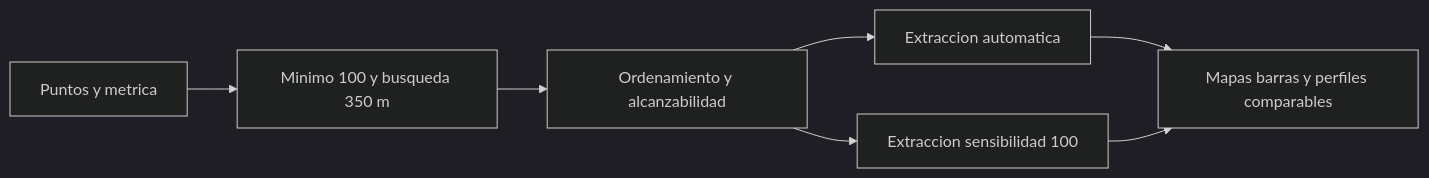
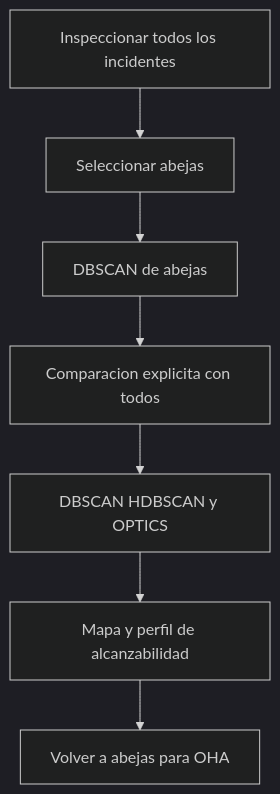
The first of 2 diagrams in 01 - Clases/2026-09-15 - Clase 02 - OPTICS y autocorrelación espacial incremental.md (ecetina-esri-co/diplomado-geoia-ml-espacial-automl), drawn with Mermaid (dark theme) before and after one commit. The commit also changed other lines of this file and 39 other files, not shown here.

````diff
--- a/01 - Clases/2026-09-15 - Clase 02 - OPTICS y autocorrelación espacial incremental.md
+++ b/01 - Clases/2026-09-15 - Clase 02 - OPTICS y autocorrelación espacial incremental.md
@@ -93,9 +89,9 @@
 ```mermaid
-flowchart LR
-    A[Puntos y metrica] --> B[Minimo 100 y busqueda 350 m]
-    B --> C[Ordenamiento y alcanzabilidad]
-    C --> D[Extraccion automatica]
-    C --> E[Extraccion sensibilidad 100]
-    D --> F[Mapas barras y perfiles comparables]
-    E --> F
+flowchart TD
+    A[Inspeccionar todos los incidentes] --> B[Seleccionar abejas]
+    B --> C[DBSCAN de abejas]
+    C --> D[Comparacion explicita con todos]
+    D --> E[DBSCAN HDBSCAN y OPTICS]
+    E --> F[Mapa y perfil de alcanzabilidad]
+    F --> G[Volver a abejas para OHA]
 ```
````
